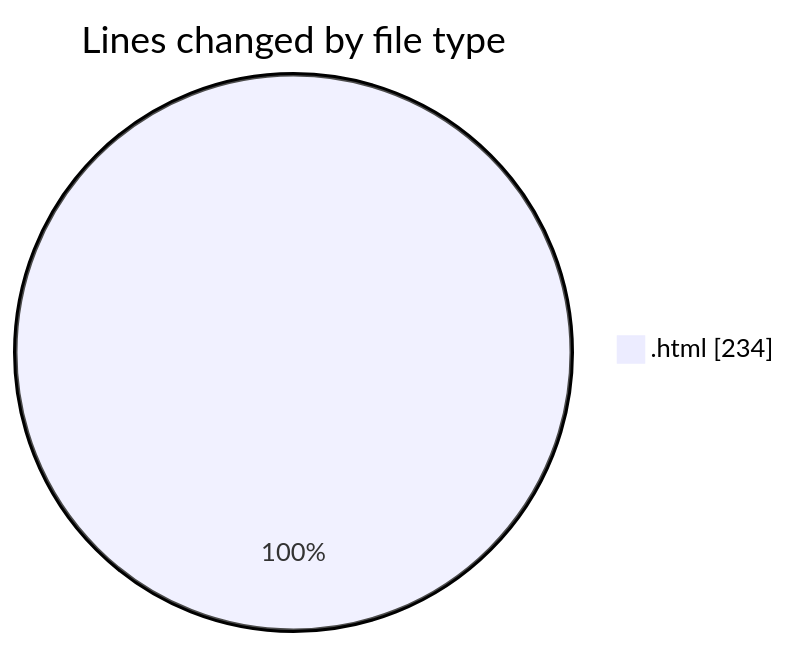
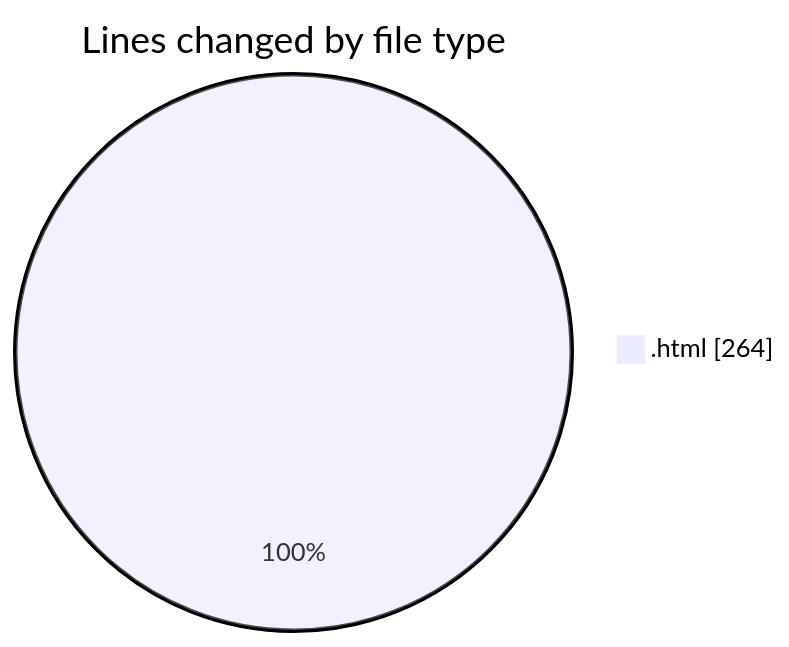
Before and after one commit to LanceThiago/code-tracking: the first of 2 diagrams in 2025-01-13/nueva_carpeta/README.md, drawn with Mermaid. The commit also changed other lines of this file and 1 other file, not shown here.

````diff
--- a/2025-01-13/nueva_carpeta/README.md
+++ b/2025-01-13/nueva_carpeta/README.md
@@ -20,5 +20,5 @@
 ```mermaid
 pie showData
 title Lines changed by file type
-".html" : 234
+".html" : 264
 ```
````
